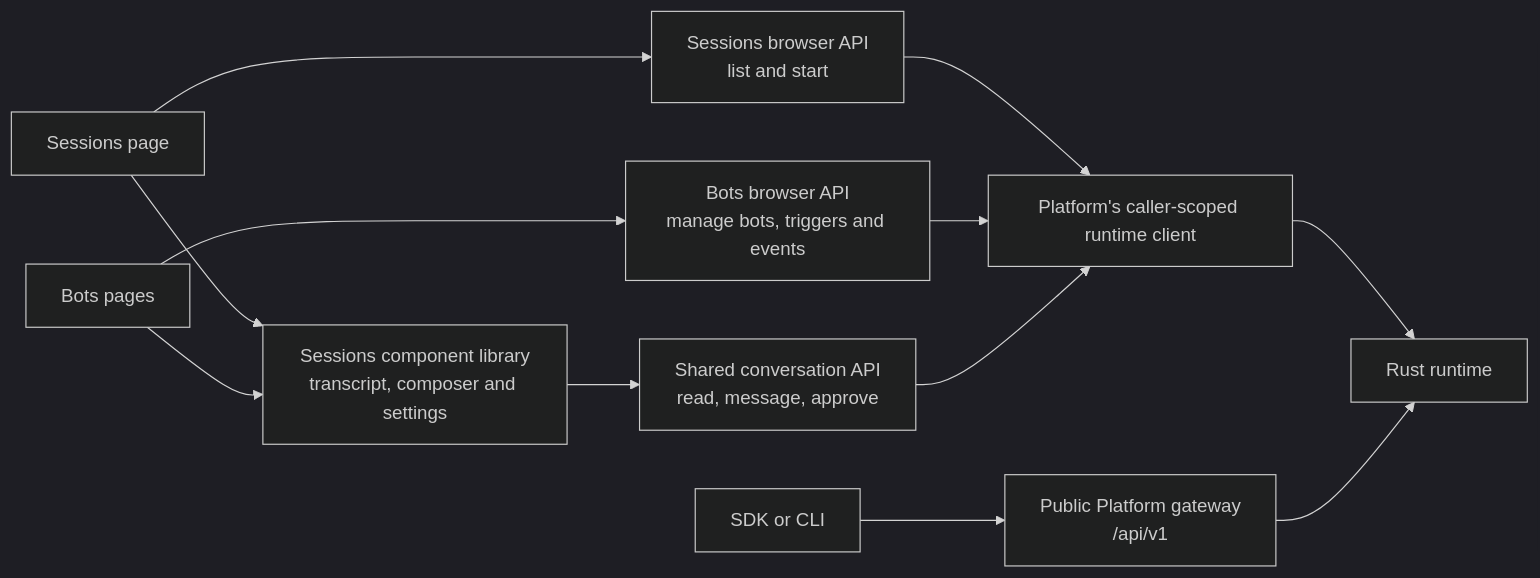
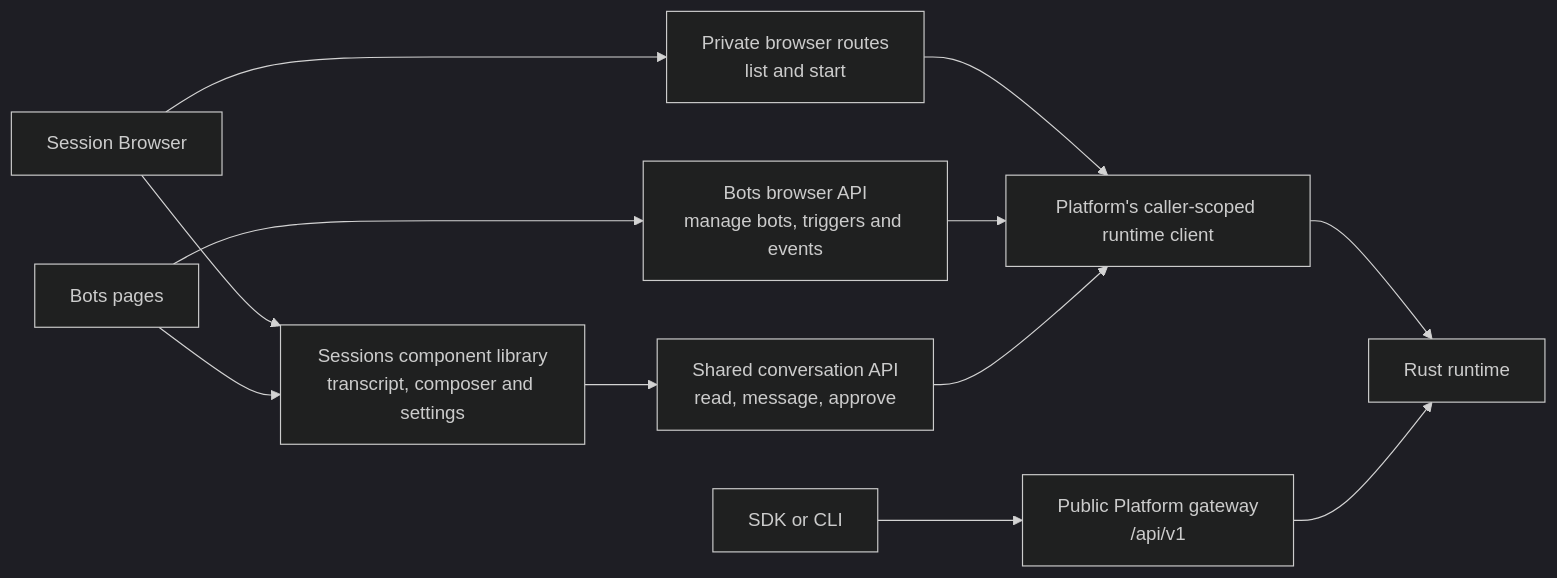
Before and after one commit to smartcomputer-ai/lightspeed: the first of 6 diagrams in docs/roadmap/later/pNNN-platform-modules.md, drawn with Mermaid (dark theme). The commit also changed other lines of this file and 23 other files, not shown here.

Commit message:
Separate module API surfaces and make Session Browser optionality explicit

````diff
--- a/docs/roadmap/later/pNNN-platform-modules.md
+++ b/docs/roadmap/later/pNNN-platform-modules.md
@@ -24,14 +24,14 @@
 ```mermaid
 flowchart LR
-    sessions["Sessions page"] --> collection["Sessions browser API<br/>list and start"]
+    sessions["Session Browser"] --> collection["Private browser routes<br/>list and start"]
     bots["Bots pages"] --> management["Bots browser API<br/>manage bots, triggers and events"]
     sessions --> view["Sessions component library<br/>transcript, composer and settings"]
     bots --> view
     view --> detail["Shared conversation API<br/>read, message, approve"]
     collection --> client["Platform's caller-scoped runtime client"]
     management --> client
     detail --> client
     client --> core["Rust runtime"]
     sdk["SDK or CLI"] --> gateway["Public Platform gateway<br/>/api/v1"]
     gateway --> core
 ```
````
